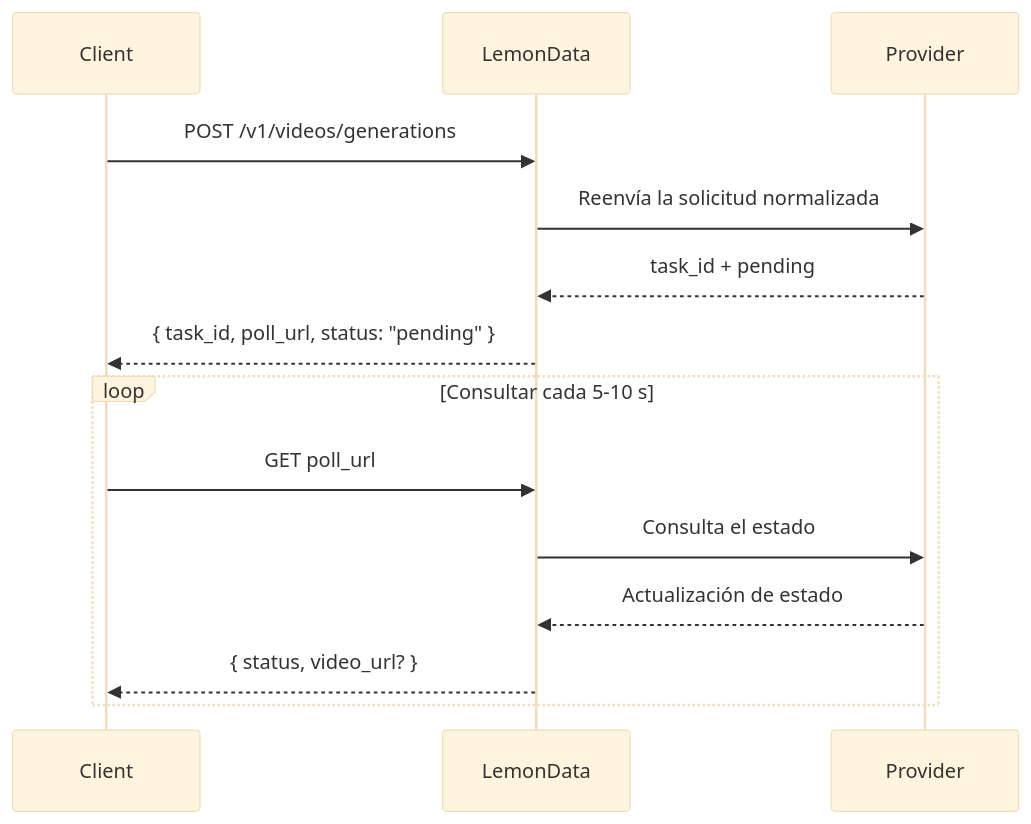
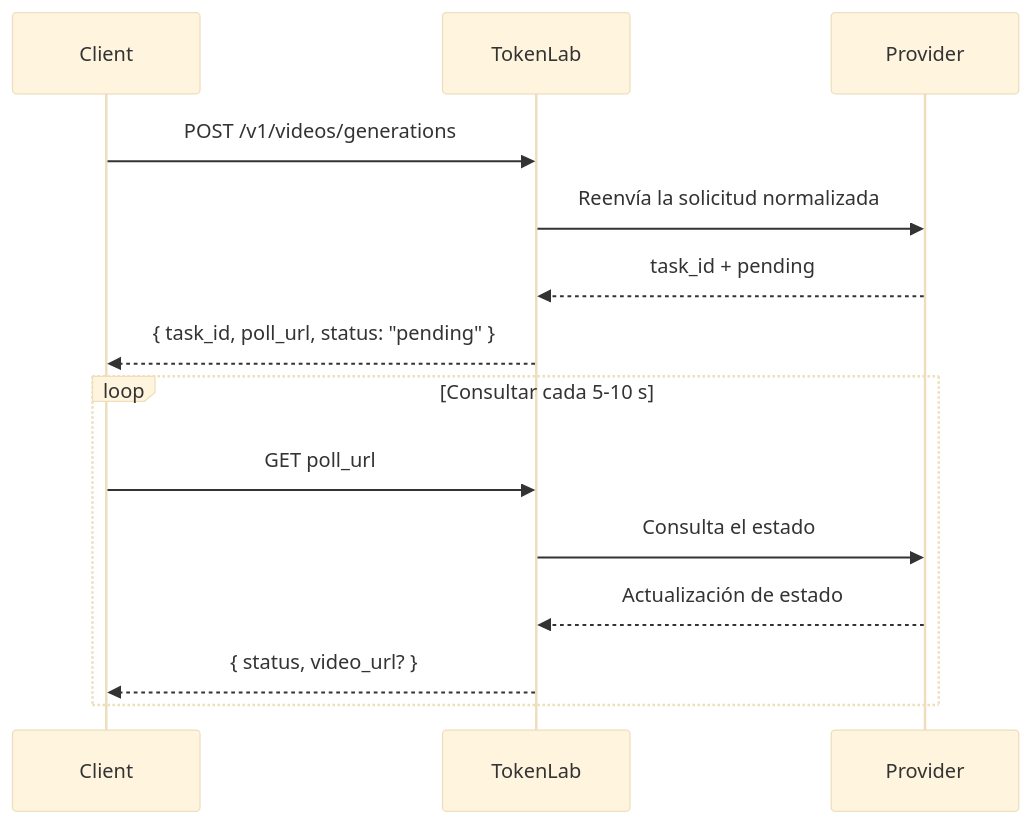
One commit to hedging8563/lemondata-docs changed the diagram in es/guides/video-generation.mdx. Above: the diagram before and after it, drawn with Mermaid (base theme). The commit also changed other lines of this file and 858 other files, not shown here.

````diff
--- a/es/guides/video-generation.mdx
+++ b/es/guides/video-generation.mdx
@@ -24,18 +24,18 @@
 ```mermaid
 sequenceDiagram
     participant Client
-    participant LemonData
+    participant TokenLab
     participant Provider
 
-    Client->>LemonData: POST /v1/videos/generations
-    LemonData->>Provider: Reenvía la solicitud normalizada
-    Provider-->>LemonData: task_id + pending
-    LemonData-->>Client: { task_id, poll_url, status: "pending" }
+    Client->>TokenLab: POST /v1/videos/generations
+    TokenLab->>Provider: Reenvía la solicitud normalizada
+    Provider-->>TokenLab: task_id + pending
+    TokenLab-->>Client: { task_id, poll_url, status: "pending" }
 
     loop Consultar cada 5-10 s
-        Client->>LemonData: GET poll_url
-        LemonData->>Provider: Consulta el estado
-        Provider-->>LemonData: Actualización de estado
-        LemonData-->>Client: { status, video_url? }
+        Client->>TokenLab: GET poll_url
+        TokenLab->>Provider: Consulta el estado
+        Provider-->>TokenLab: Actualización de estado
+        TokenLab-->>Client: { status, video_url? }
     end
 ```
````
